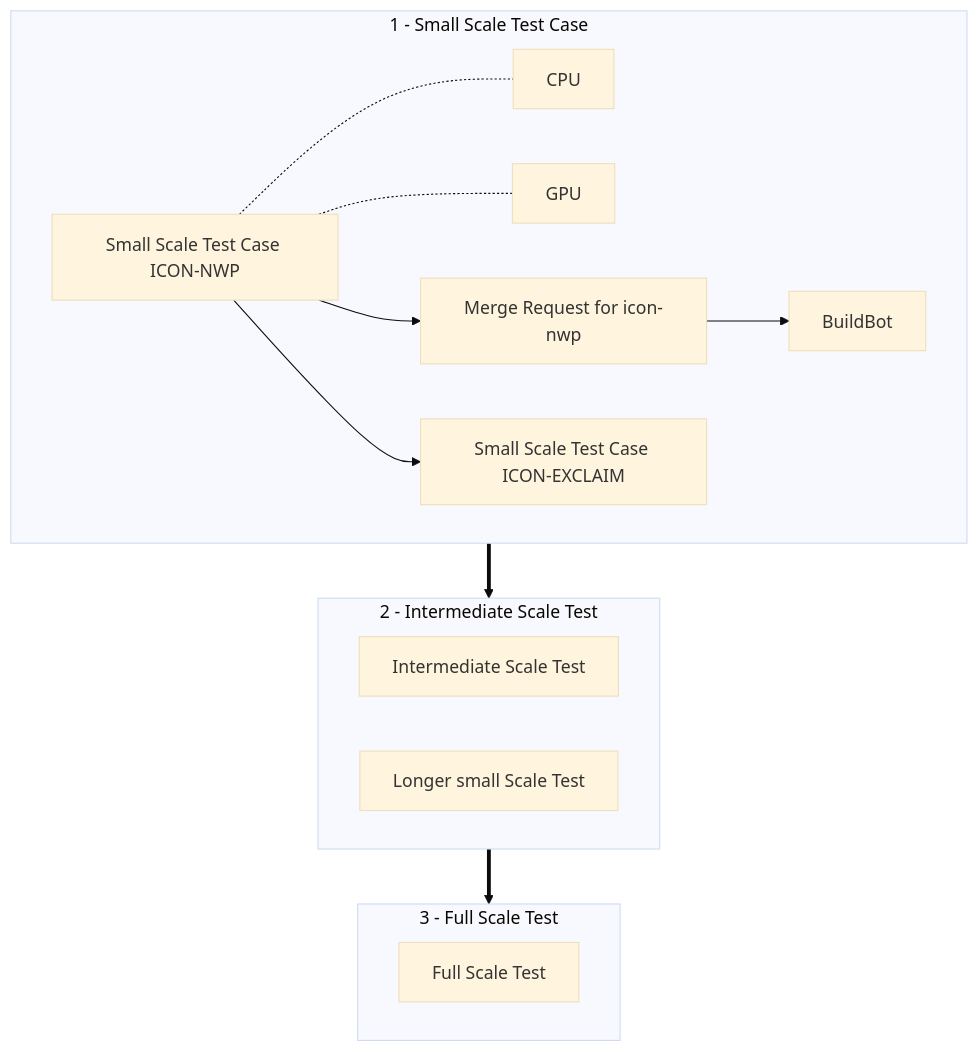
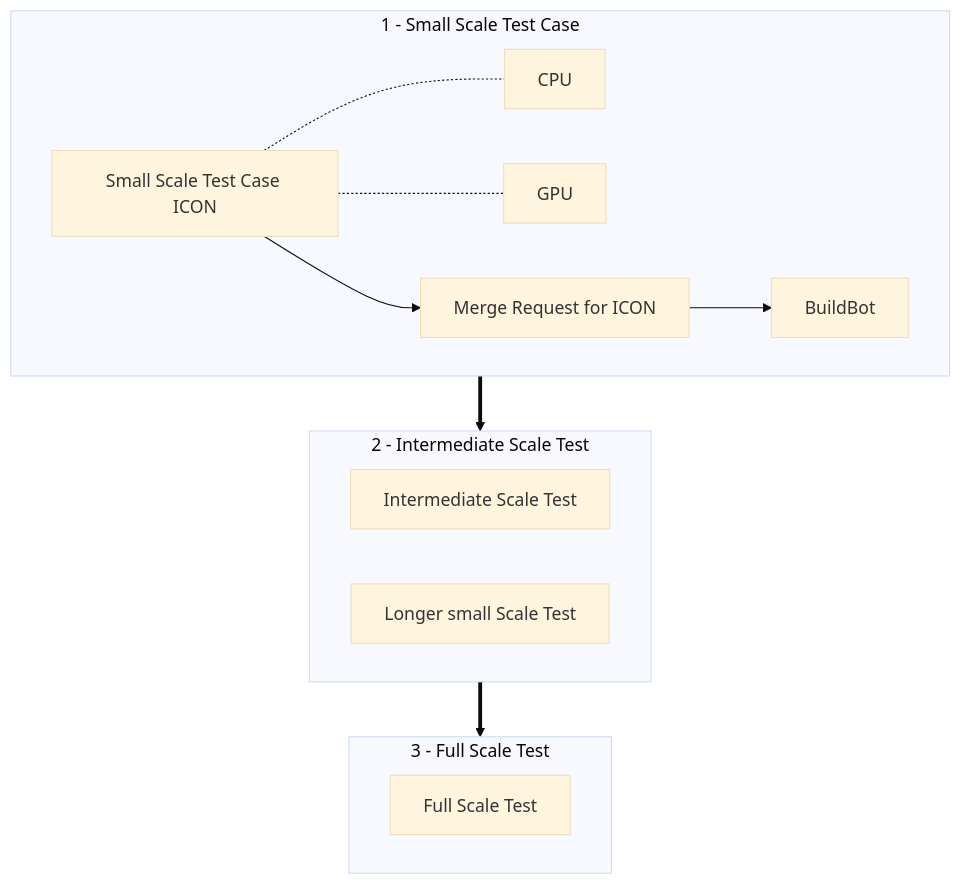
One commit to C2SM/c2sm.github.io changed the diagram in docs/models/icon/validate_custom_namelist.md. Above: the diagram before and after it, drawn with Mermaid (base theme). The commit also changed other lines of this file, not shown here.

````diff
--- a/docs/models/icon/validate_custom_namelist.md
+++ b/docs/models/icon/validate_custom_namelist.md
@@ -9,17 +9,16 @@
 ```mermaid
 flowchart TD
     subgraph SMALL["1 - Small Scale Test Case"]
-        STnwp[Small Scale Test Case ICON-NWP] -.- CPU & GPU
-        STnwp --> MR[Merge Request for icon-nwp]
+        STnwp[Small Scale Test Case ICON] -.- CPU & GPU
+        STnwp --> MR[Merge Request for ICON]
         MR --> BB[BuildBot]
-        STnwp --> STexc[Small Scale Test Case ICON-EXCLAIM]
     end
     subgraph INT["2 - Intermediate Scale Test"]
         IT[Intermediate Scale Test] & LST[Longer small Scale Test]
     end
     subgraph FULL["3 - Full Scale Test"]
         direction LR
         FT[Full Scale Test]
     end
     SMALL ==> INT ==> FULL
 ```
````
